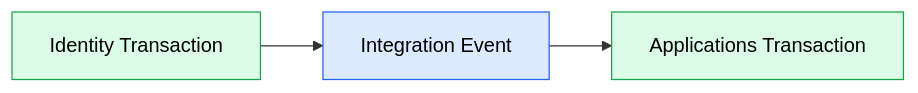
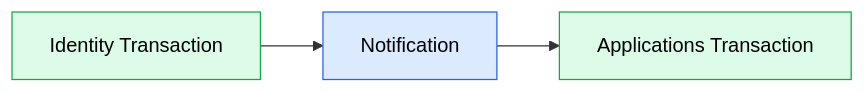
One commit to soufiane-rizk/Jobwize changed the second of 4 diagrams in docs/architecture/08-database.md. Above: the diagram before and after it, drawn with Mermaid. The commit also changed other lines of this file and 10 other files, not shown here.

Commit message:
docs(architecture): document the new runtime architecture

````diff
--- a/docs/architecture/08-database.md
+++ b/docs/architecture/08-database.md
@@ -179,19 +182,19 @@
 ```mermaid
 flowchart LR
 
     Identity["Identity Transaction"]
 
-    Event["Integration Event"]
+    Event["Notification"]
 
     Applications["Applications Transaction"]
 
     Identity --> Event
 
     Event --> Applications
 
     classDef application fill:#dcfce7,stroke:#16a34a,color:#000;
     classDef infrastructure fill:#dbeafe,stroke:#2563eb,color:#000;
 
     class Identity,Applications application;
     class Event infrastructure;
 ```
````
